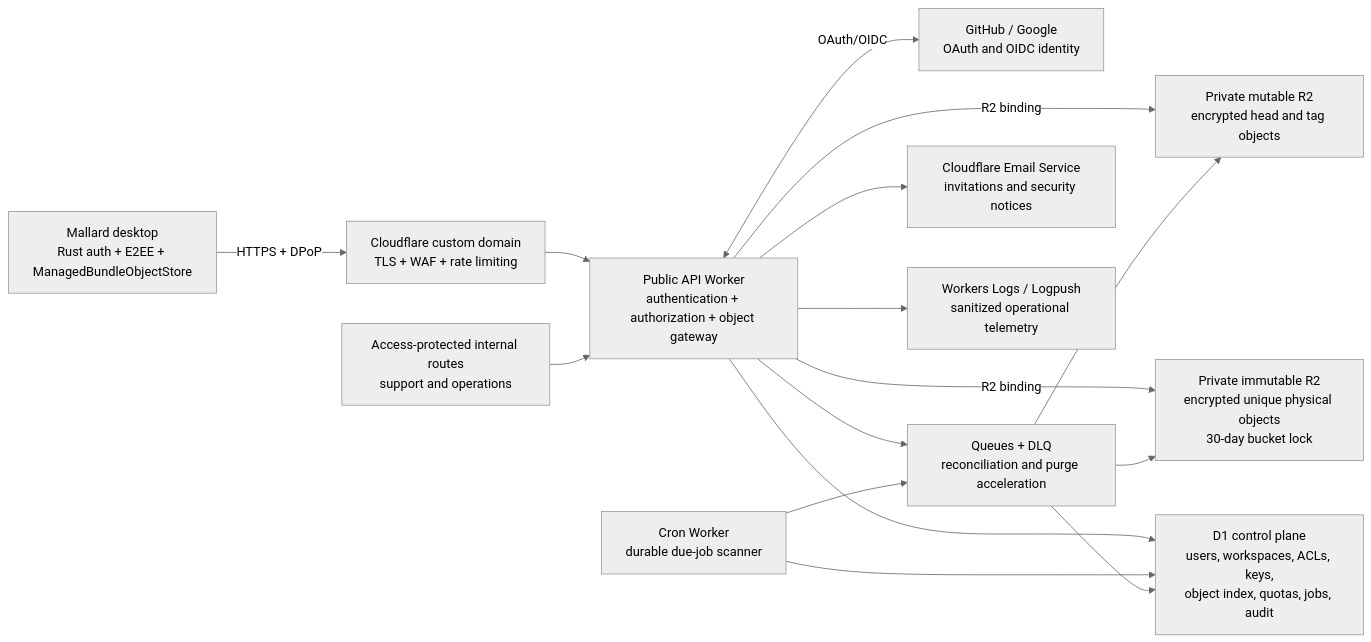
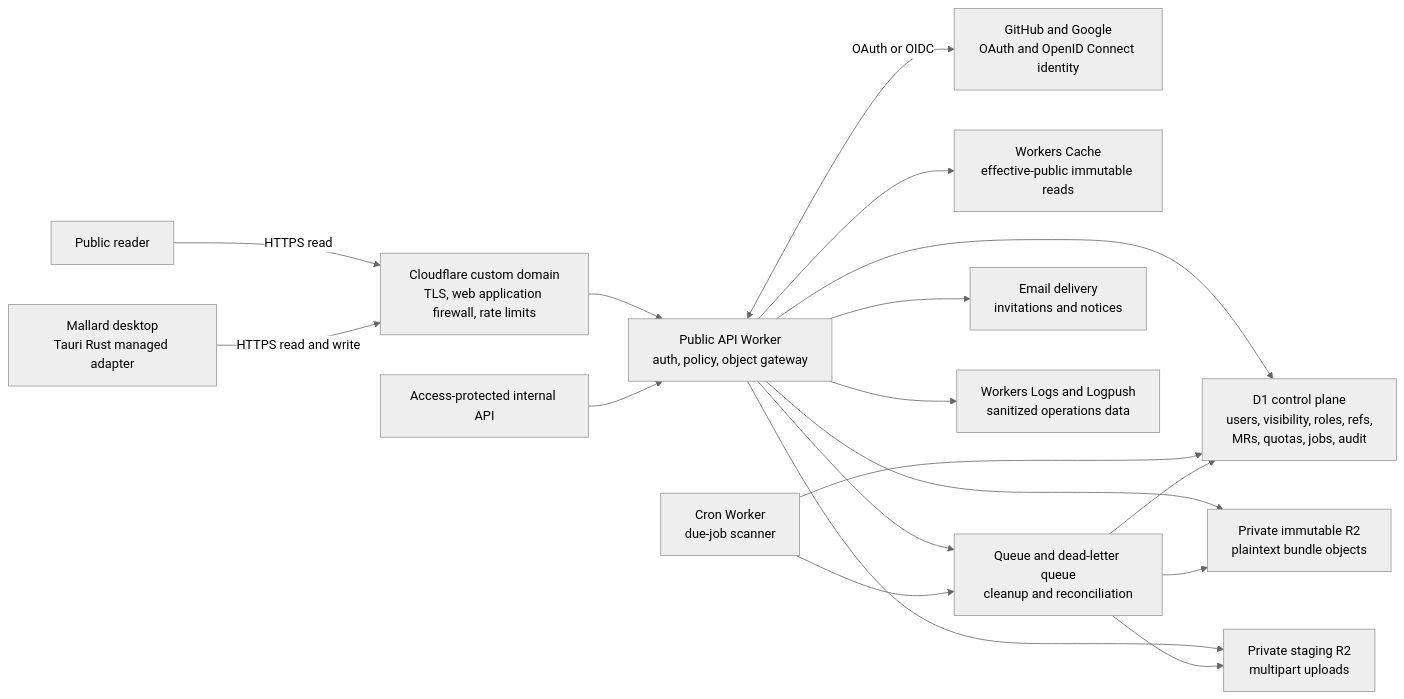
Before and after one commit to Git4Agent/mallard-app: the second of 2 diagrams in docs/CLOUDFLARE_R2_MANAGED_CLOUD_ARCHITECTURE_V2.md, drawn with Mermaid (neutral theme). The commit also changed other lines of this file, not shown here.

Commit message:
Rewrite managed cloud V1 plan

````diff
--- a/docs/CLOUDFLARE_R2_MANAGED_CLOUD_ARCHITECTURE_V2.md
+++ b/docs/CLOUDFLARE_R2_MANAGED_CLOUD_ARCHITECTURE_V2.md
@@ -177,31 +792,35 @@
-```mermaid
+~~~mermaid
 flowchart LR
-    APP["Mallard desktop<br/>Rust auth + E2EE + ManagedBundleObjectStore"]
-    EDGE["Cloudflare custom domain<br/>TLS + WAF + rate limiting"]
-    API["Public API Worker<br/>authentication + authorization + object gateway"]
-    IDP["GitHub / Google<br/>OAuth and OIDC identity"]
-    D1["D1 control plane<br/>users, workspaces, ACLs, keys,<br/>object index, quotas, jobs, audit"]
-    R2I["Private immutable R2<br/>encrypted unique physical objects<br/>30-day bucket lock"]
-    R2M["Private mutable R2<br/>encrypted head and tag objects"]
-    Q["Queues + DLQ<br/>reconciliation and purge acceleration"]
-    CRON["Cron Worker<br/>durable due-job scanner"]
-    EMAIL["Cloudflare Email Service<br/>invitations and security notices"]
-    ADMIN["Access-protected internal routes<br/>support and operations"]
-    OBS["Workers Logs / Logpush<br/>sanitized operational telemetry"]
+    READER["Public reader"]
+    APP["Mallard desktop<br/>Tauri Rust managed adapter"]
+    EDGE["Cloudflare custom domain<br/>TLS, web application firewall, rate limits"]
+    API["Public API Worker<br/>auth, policy, object gateway"]
+    IDP["GitHub and Google<br/>OAuth and OpenID Connect identity"]
+    D1["D1 control plane<br/>users, visibility, roles, refs,<br/>MRs, quotas, jobs, audit"]
+    R2I["Private immutable R2<br/>plaintext bundle objects"]
+    R2S["Private staging R2<br/>multipart uploads"]
+    CACHE["Workers Cache<br/>effective-public immutable reads"]
+    Q["Queue and dead-letter queue<br/>cleanup and reconciliation"]
+    CRON["Cron Worker<br/>due-job scanner"]
+    EMAIL["Email delivery<br/>invitations and notices"]
+    ADMIN["Access-protected internal API"]
+    OBS["Workers Logs and Logpush<br/>sanitized operations data"]
 
-    APP -->|"HTTPS + DPoP"| EDGE
+    READER -->|"HTTPS read"| EDGE
+    APP -->|"HTTPS read and write"| EDGE
     EDGE --> API
-    API <-->|"OAuth/OIDC"| IDP
+    API <-->|"OAuth or OIDC"| IDP
     API --> D1
-    API -->|"R2 binding"| R2I
-    API -->|"R2 binding"| R2M
+    API --> R2I
+    API --> R2S
+    API --> CACHE
     API --> Q
     API --> EMAIL
     CRON --> D1
     CRON --> Q
     Q --> D1
     Q --> R2I
-    Q --> R2M
+    Q --> R2S
     ADMIN --> API
     API --> OBS
-```
+~~~
````
